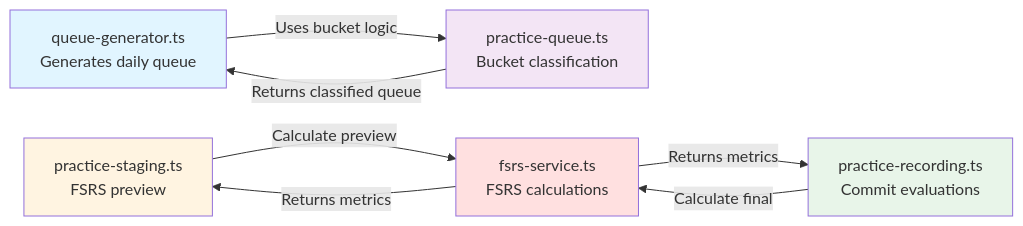
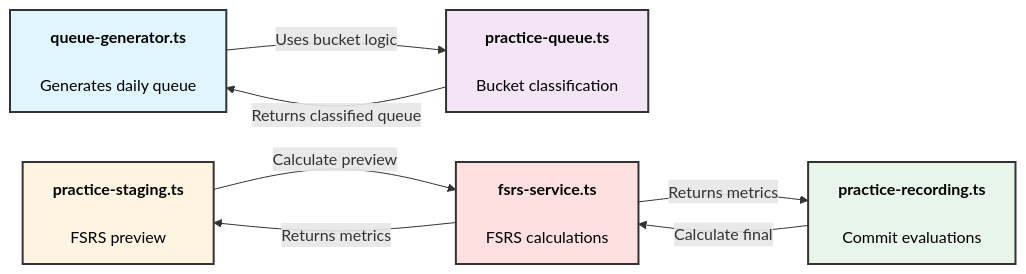
One commit to sboagy/tunetrees changed the diagram in _notes/scheduling-architecture-diagram.md. Above: the diagram before and after it, drawn with Mermaid.

Commit message:
Improve diagram readability with bold filenames and better text contrast

````diff
--- a/_notes/scheduling-architecture-diagram.md
+++ b/_notes/scheduling-architecture-diagram.md
@@ -9,26 +9,26 @@
 ```mermaid
 graph LR
-    QG[queue-generator.ts<br/>Generates daily queue]
-    PQ[practice-queue.ts<br/>Bucket classification]
-    PS[practice-staging.ts<br/>FSRS preview]
-    PR[practice-recording.ts<br/>Commit evaluations]
-    FS[fsrs-service.ts<br/>FSRS calculations]
+    QG["<b>queue-generator.ts</b><br/><br/>Generates daily queue"]
+    PQ["<b>practice-queue.ts</b><br/><br/>Bucket classification"]
+    PS["<b>practice-staging.ts</b><br/><br/>FSRS preview"]
+    PR["<b>practice-recording.ts</b><br/><br/>Commit evaluations"]
+    FS["<b>fsrs-service.ts</b><br/><br/>FSRS calculations"]
 
     %% Queue Generation Flow
     QG -->|Uses bucket logic| PQ
     PQ -->|Returns classified queue| QG
 
     %% Staging Flow (User selects dropdown)
     PS -->|Calculate preview| FS
     FS -->|Returns metrics| PS
 
     %% Recording Flow (User clicks Submit)
     PR -->|Calculate final| FS
     FS -->|Returns metrics| PR
 
-    style QG fill:#e1f5ff
-    style PQ fill:#f3e5f5
-    style PS fill:#fff4e1
-    style PR fill:#e8f5e9
-    style FS fill:#ffe0e0
+    style QG fill:#e1f5ff,stroke:#333,stroke-width:2px,color:#000
+    style PQ fill:#f3e5f5,stroke:#333,stroke-width:2px,color:#000
+    style PS fill:#fff4e1,stroke:#333,stroke-width:2px,color:#000
+    style PR fill:#e8f5e9,stroke:#333,stroke-width:2px,color:#000
+    style FS fill:#ffe0e0,stroke:#333,stroke-width:2px,color:#000
 ```
````
